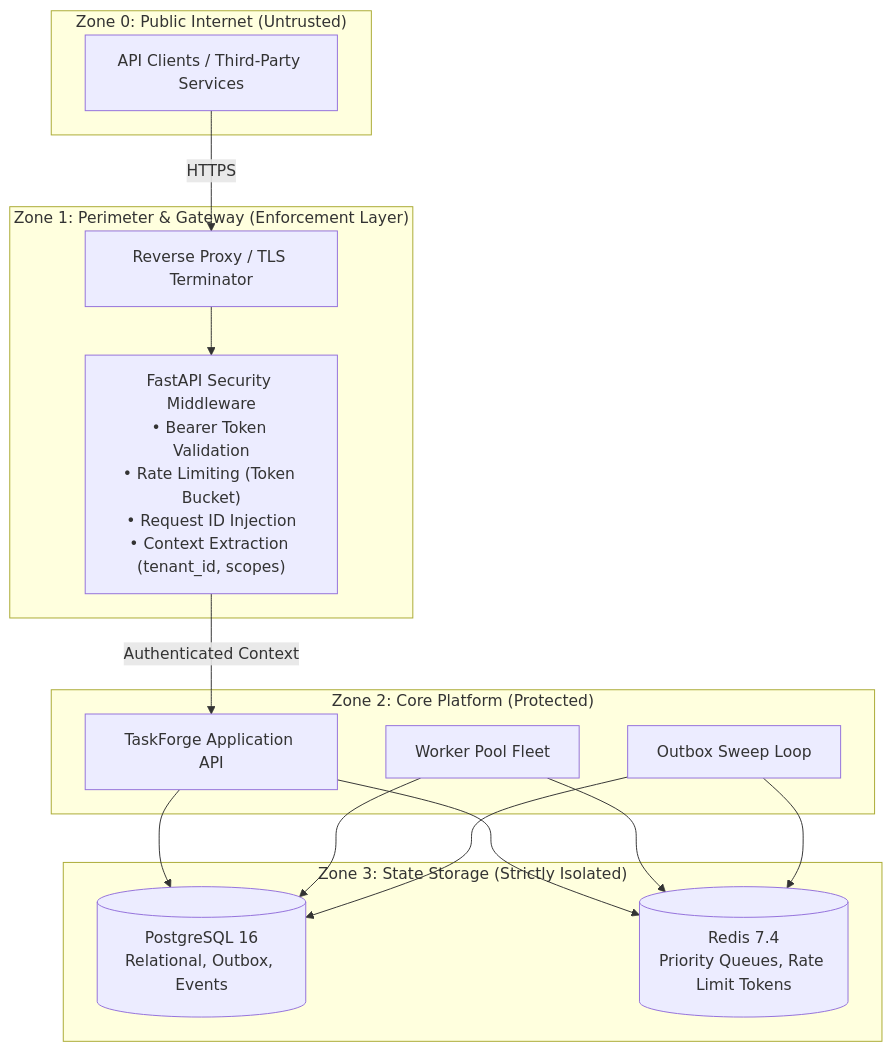
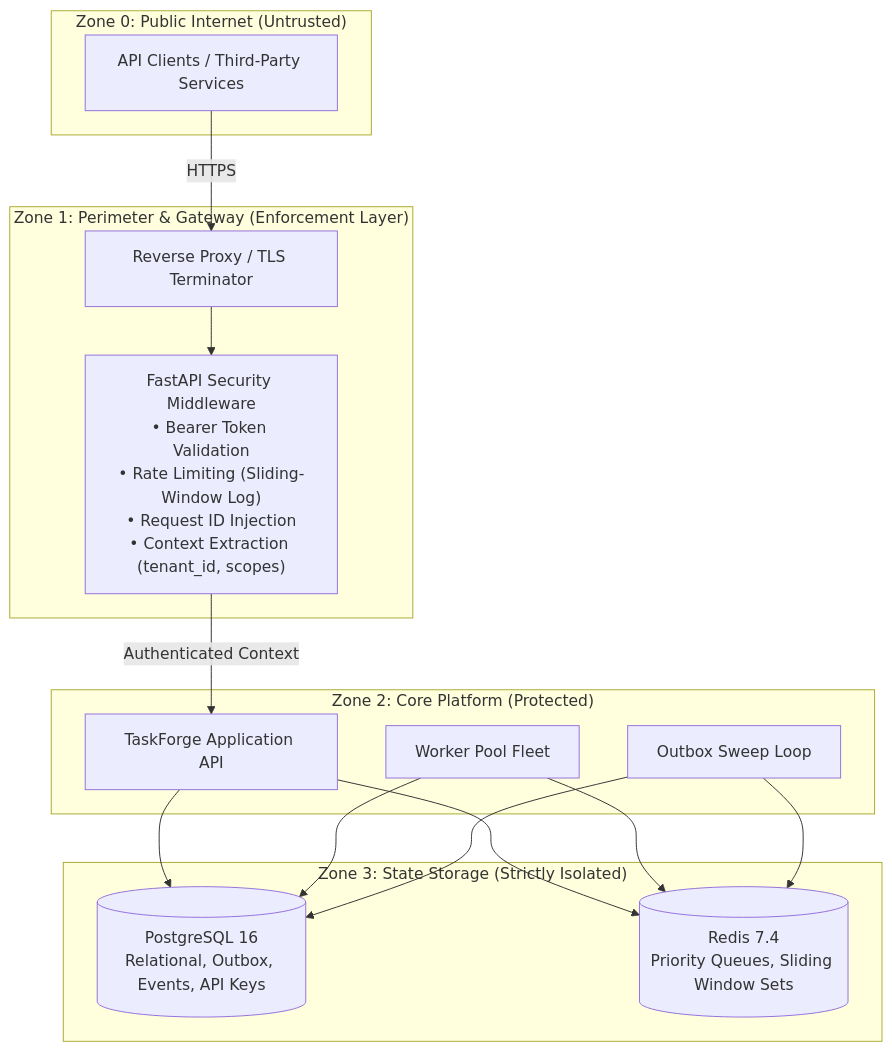
The diagram in docs/phases/phase_09/02_trust_boundaries.md (FoulSpark/TaskForge), drawn with Mermaid before and after one commit. The commit also changed other lines of this file and 8 other files, not shown here.

````diff
--- a/docs/phases/phase_09/02_trust_boundaries.md
+++ b/docs/phases/phase_09/02_trust_boundaries.md
@@ -7,32 +7,32 @@
 ```mermaid
 flowchart TD
     subgraph Zone0["Zone 0: Public Internet (Untrusted)"]
         Caller["API Clients / Third-Party Services"]
     end
 
     subgraph Zone1["Zone 1: Perimeter & Gateway (Enforcement Layer)"]
         ReverseProxy["Reverse Proxy / TLS Terminator"]
-        AuthMiddleware["FastAPI Security Middleware\n• Bearer Token Validation\n• Rate Limiting (Token Bucket)\n• Request ID Injection\n• Context Extraction (tenant_id, scopes)"]
+        AuthMiddleware["FastAPI Security Middleware\n• Bearer Token Validation\n• Rate Limiting (Sliding-Window Log)\n• Request ID Injection\n• Context Extraction (tenant_id, scopes)"]
     end
-
+ 
     subgraph Zone2["Zone 2: Core Platform (Protected)"]
         App["TaskForge Application API"]
         Workers["Worker Pool Fleet"]
         OutboxPublisher["Outbox Sweep Loop"]
     end
-
+ 
     subgraph Zone3["Zone 3: State Storage (Strictly Isolated)"]
-        Postgres[(PostgreSQL 16\nRelational, Outbox, Events)]
-        Redis[(Redis 7.4\nPriority Queues, Rate Limit Tokens)]
+        Postgres[(PostgreSQL 16\nRelational, Outbox, Events, API Keys)]
+        Redis[(Redis 7.4\nPriority Queues, Sliding Window Sets)]
     end
 
     Caller -->|HTTPS| ReverseProxy
     ReverseProxy --> AuthMiddleware
     AuthMiddleware -->|Authenticated Context| App
     App --> Postgres
     App --> Redis
     Workers --> Postgres
     Workers --> Redis
     OutboxPublisher --> Postgres
     OutboxPublisher --> Redis
 ```
````
